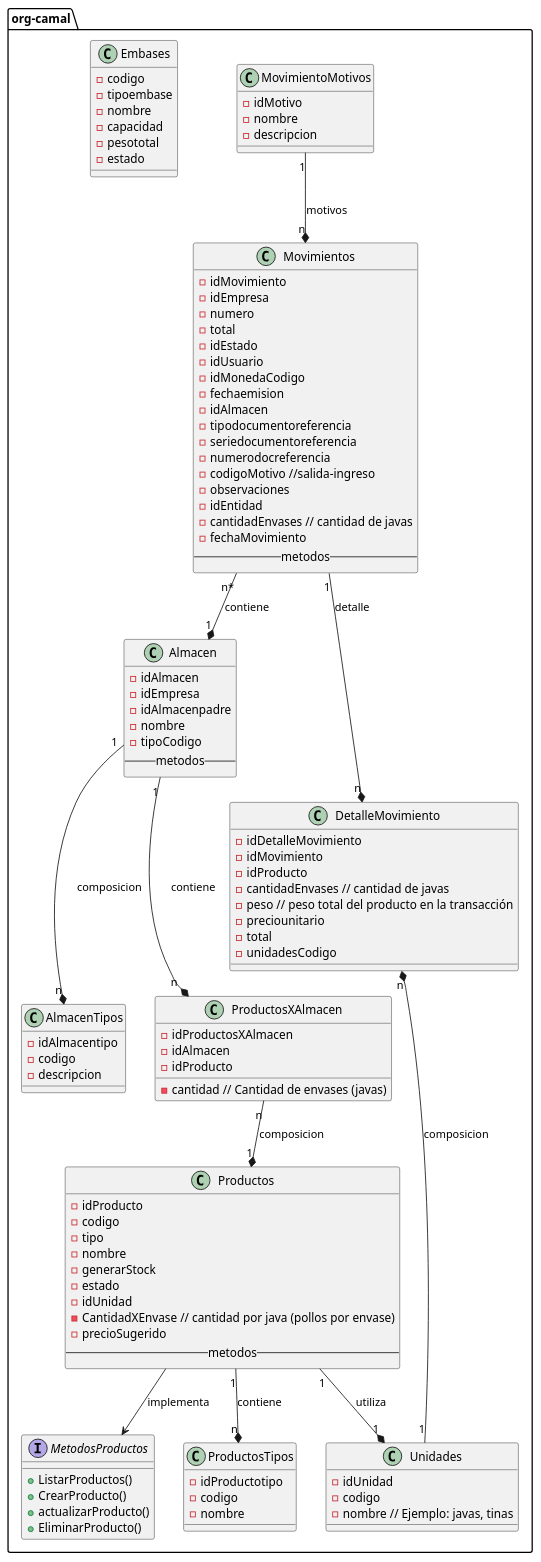
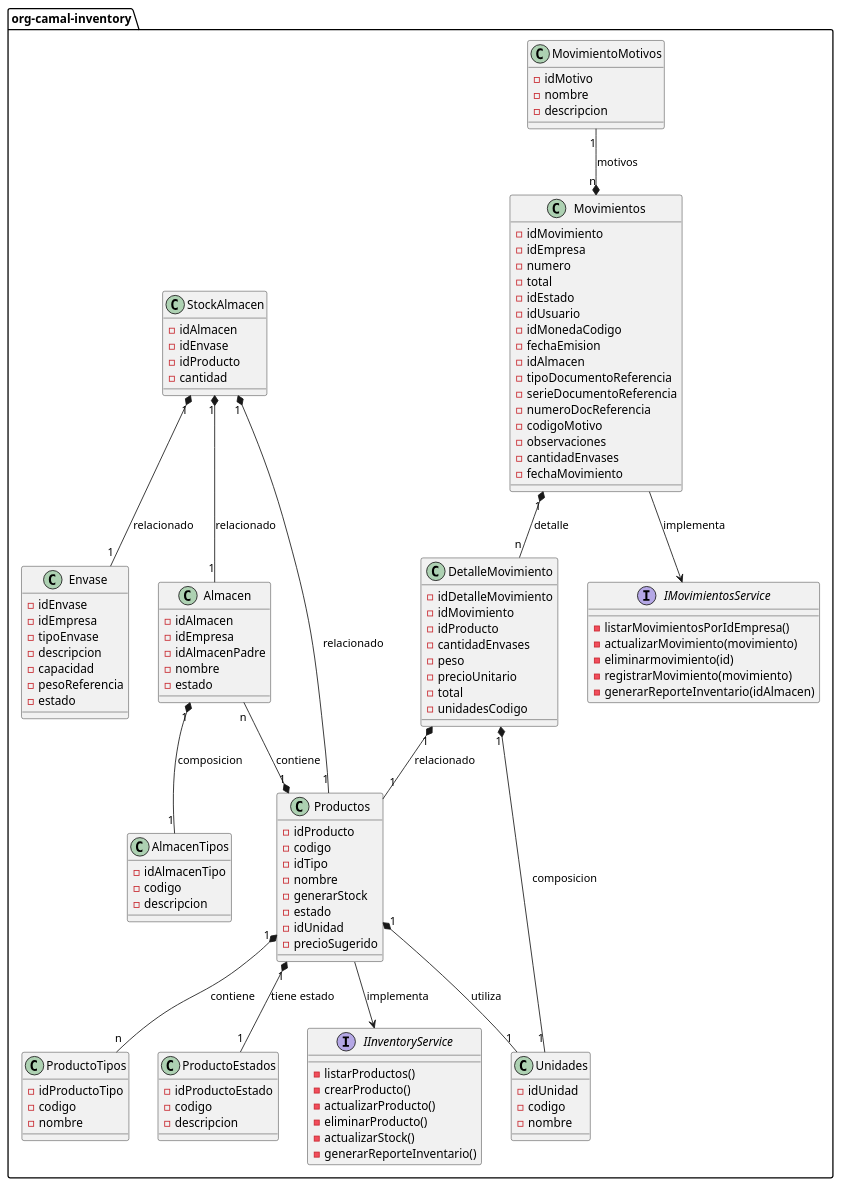
Before and after one commit to Digbers/camal-microservice: the diagram in UML/inventario/DC inventario.puml, drawn with PlantUML. The commit also changed 174 other files, not shown here.

```diff
--- a/UML/inventario/DC inventario.puml
+++ b/UML/inventario/DC inventario.puml
@@ -1,115 +1,135 @@
 @startuml
 
-package "org-camal" {
+package "org-camal-inventory" {
 
-    interface MetodosProductos {
-        + ListarProductos()
-        + CrearProducto()
-        + actualizarProducto()
-        + EliminarProducto()
+    interface IInventoryService {
+        - listarProductos()
+        - crearProducto()
+        - actualizarProducto()
+        - eliminarProducto()
+        - actualizarStock()
+        - generarReporteInventario()
     }
 
-    class ProductosTipos {
-        - idProductotipo
+    class ProductoTipos {
+        - idProductoTipo
         - codigo
         - nombre
     }
 
     class Unidades {
         - idUnidad
         - codigo
-        - nombre // Ejemplo: javas, tinas
+        - nombre
     }
 
     class Almacen {
         - idAlmacen
         - idEmpresa
-        - idAlmacenpadre
+        - idAlmacenPadre
         - nombre
-        - tipoCodigo
-        -- metodos --
+        - estado
     }
 
     class AlmacenTipos {
-        - idAlmacentipo
+        - idAlmacenTipo
         - codigo
         - descripcion
     }
 
-    class ProductosXAlmacen {
-        - idProductosXAlmacen
-        - idAlmacen
-        - idProducto
-        - cantidad // Cantidad de envases (javas)
-    }
 
     class Movimientos {
         - idMovimiento
         - idEmpresa
         - numero
         - total
         - idEstado
         - idUsuario
         - idMonedaCodigo
-        - fechaemision
+        - fechaEmision
         - idAlmacen
-        - tipodocumentoreferencia
-        - seriedocumentoreferencia
-        - numerodocreferencia
-        - codigoMotivo //salida-ingreso
+        - tipoDocumentoReferencia
+        - serieDocumentoReferencia
+        - numeroDocReferencia
+        - codigoMotivo
         - observaciones
-        - idEntidad
-        - cantidadEnvases // cantidad de javas
+        - cantidadEnvases
         - fechaMovimiento
-        -- metodos --
     }
+
     class MovimientoMotivos {
         - idMotivo
         - nombre
         - descripcion
     }
 
     class DetalleMovimiento {
         - idDetalleMovimiento
         - idMovimiento
         - idProducto
-        - cantidadEnvases // cantidad de javas
-        - peso // peso total del producto en la transacción
-        - preciounitario
+        - cantidadEnvases
+        - peso
+        - precioUnitario
         - total
         - unidadesCodigo
     }
-    class Embases {
+
+    class Productos {
+        - idProducto
         - codigo
-        - tipoembase
+        - idTipo
         - nombre
+        - generarStock
+        - estado
+        - idUnidad
+        - precioSugerido
+    }
+    class StockAlmacen {
+        - idAlmacen
+        - idEnvase
+        - idProducto
+        - cantidad
+    }
+
+    class ProductoEstados {
+        - idProductoEstado
+        - codigo
+        - descripcion
+    }
+    interface IMovimientosService {
+        - listarMovimientosPorIdEmpresa()
+        - actualizarMovimiento(movimiento)
+        - eliminarmovimiento(id)
+        - registrarMovimiento(movimiento)
+        - generarReporteInventario(idAlmacen)
+    }
+    class Envase {
+        - idEnvase
+        - idEmpresa
+        - tipoEnvase
+        - descripcion
         - capacidad
-        - pesototal
-        -estado
+        - pesoReferencia
+        - estado
     }
-    class Productos {
-            - idProducto
-            - codigo
-            - tipo
-            - nombre
-            - generarStock
-            - estado
-            - idUnidad
-            - CantidadXEnvase // cantidad por java (pollos por envase)
-            - precioSugerido
-            -- metodos --
-        }
 
-    Productos --> MetodosProductos : implementa
-    Productos "1" --* "1" Unidades : utiliza
-    Productos "1" --* "n" ProductosTipos : contiene
-    Almacen "1" --* "n" AlmacenTipos : composicion
-    Almacen "1" --* "n" ProductosXAlmacen : contiene
-    ProductosXAlmacen "n" --* "1" Productos : composicion
-    Movimientos "n*" --* "1" Almacen : contiene
-    Movimientos "1" --* "n" DetalleMovimiento : detalle
+    Productos --> IInventoryService : implementa
+    StockAlmacen "1" *-- "1" Productos : relacionado
+    StockAlmacen "1" *-- "1" Envase : relacionado
+    StockAlmacen "1" *-- "1" Almacen : relacionado
+    Productos "1" *-- "1" Unidades : utiliza
+    Productos "1" *-- "n" ProductoTipos : contiene
+    Productos "1" *-- "1" ProductoEstados : tiene estado
+
+    Almacen "1" *-- "1" AlmacenTipos : composicion
+    Almacen "n" --* "1" Productos : contiene
+
+    Movimientos --> IMovimientosService : implementa
+    Movimientos "1" *-- "n" DetalleMovimiento : detalle
     MovimientoMotivos "1" --* "n" Movimientos : motivos
-    DetalleMovimiento "n" *-- "1" Unidades : composicion
 
+    DetalleMovimiento "1" *-- "1" Unidades : composicion
+    DetalleMovimiento "1" *-- "1" Productos : relacionado
 }
+
 @enduml
```
